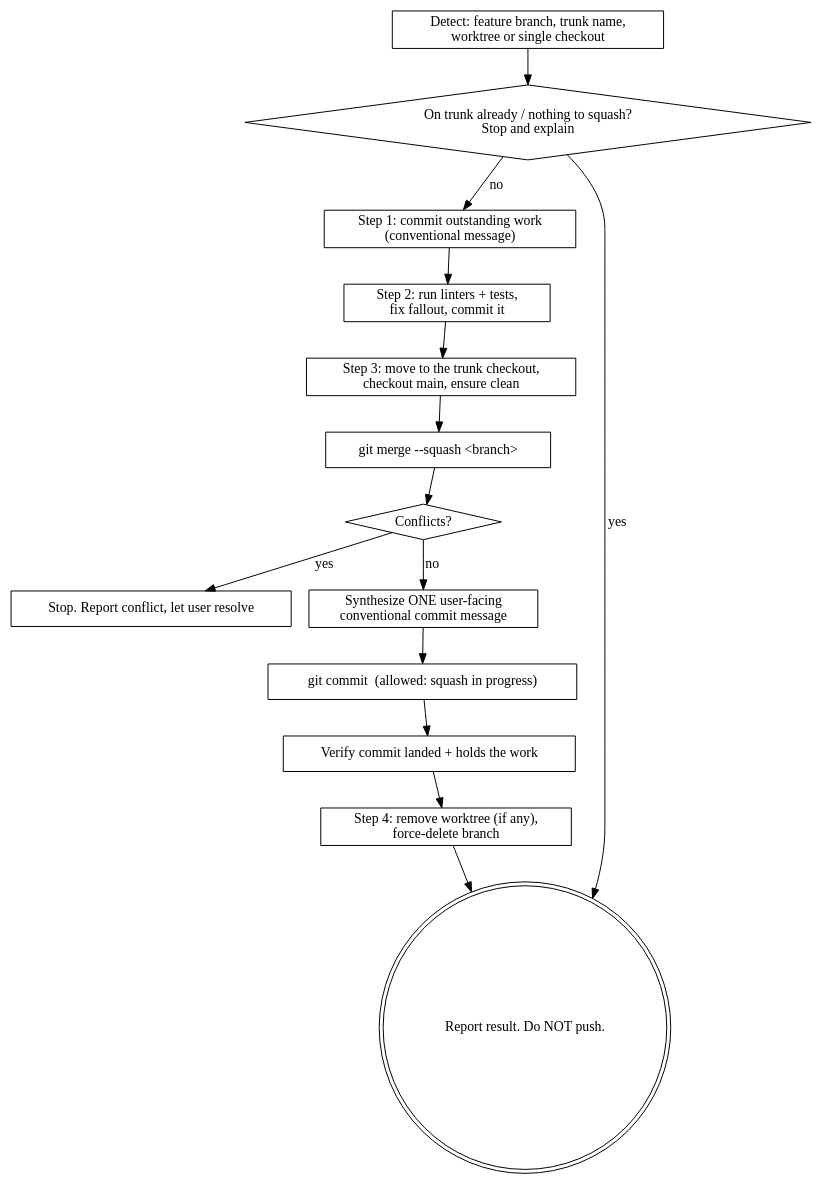
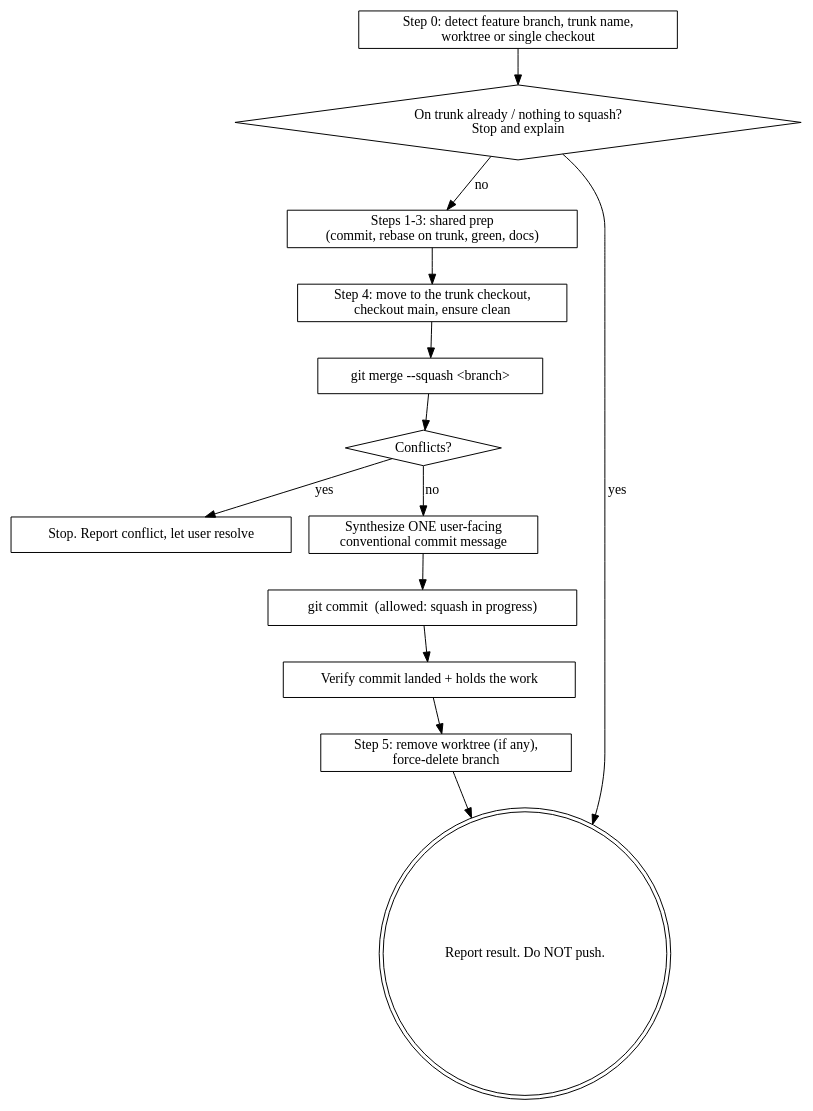
Before and after one commit to natelandau/cc-plugin: the diagram in plugins/natelandau-toolkit/skills/squash/SKILL.md, drawn with Graphviz. The commit also changed other lines of this file and 3 other files, not shown here.

First line of the commit message:
fix(skills): share branch-finishing prep between /pr and /squash

````diff
--- a/plugins/natelandau-toolkit/skills/squash/SKILL.md
+++ b/plugins/natelandau-toolkit/skills/squash/SKILL.md
@@ -44,27 +42,26 @@
 ```dot
 digraph squash {
   rankdir=TB; node [shape=box];
-  detect   [label="Detect: feature branch, trunk name,\nworktree or single checkout"];
+  detect   [label="Step 0: detect feature branch, trunk name,\nworktree or single checkout"];
   refuse   [label="On trunk already / nothing to squash?\nStop and explain" shape=diamond];
-  commit1  [label="Step 1: commit outstanding work\n(conventional message)"];
-  green    [label="Step 2: run linters + tests,\nfix fallout, commit it"];
-  goto     [label="Step 3: move to the trunk checkout,\ncheckout main, ensure clean"];
+  prep     [label="Steps 1-3: shared prep\n(commit, rebase on trunk, green, docs)"];
+  goto     [label="Step 4: move to the trunk checkout,\ncheckout main, ensure clean"];
   squash   [label="git merge --squash <branch>"];
   conflict [label="Conflicts?" shape=diamond];
   resolve  [label="Stop. Report conflict, let user resolve"];
   msg      [label="Synthesize ONE user-facing\nconventional commit message"];
   commit2  [label="git commit  (allowed: squash in progress)"];
   verify   [label="Verify commit landed + holds the work"];
-  cleanup  [label="Step 4: remove worktree (if any),\nforce-delete branch"];
+  cleanup  [label="Step 5: remove worktree (if any),\nforce-delete branch"];
   done     [label="Report result. Do NOT push." shape=doublecircle];
 
   detect -> refuse;
   refuse -> done [label="yes"];
-  refuse -> commit1 [label="no"];
-  commit1 -> green -> goto -> squash -> conflict;
+  refuse -> prep [label="no"];
+  prep -> goto -> squash -> conflict;
   conflict -> resolve [label="yes"];
   conflict -> msg [label="no"];
   msg -> commit2;
   commit2 -> verify -> cleanup -> done;
 }
 ```
````
